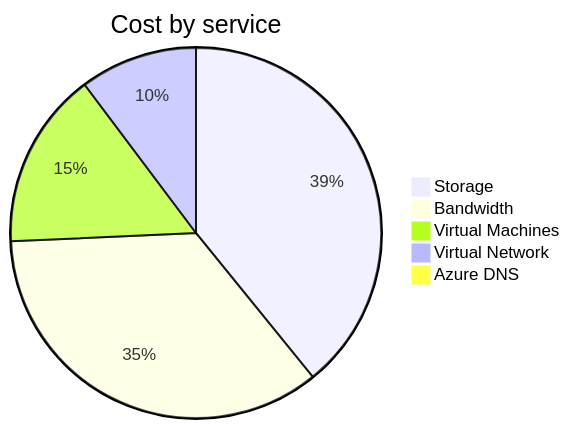
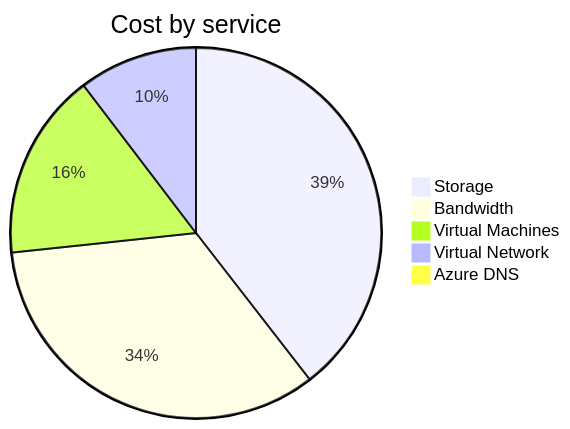
The second of 4 diagrams in cost-reports/personal-network/README.md (jpfulton/azure-personal-reports), drawn with Mermaid before and after one commit. The commit also changed other lines of this file and 8 other files, not shown here.

````diff
--- a/cost-reports/personal-network/README.md
+++ b/cost-reports/personal-network/README.md
@@ -95,9 +95,9 @@
 ```mermaid
 pie
    title Cost by service
-   "Storage" : 9.09
+   "Storage" : 9.53
    "Bandwidth" : 8.16
-   "Virtual Machines" : 3.59
-   "Virtual Network" : 2.38
-   "Azure DNS" : 0.16
+   "Virtual Machines" : 3.94
+   "Virtual Network" : 2.50
+   "Azure DNS" : 0.17
 ```
````
